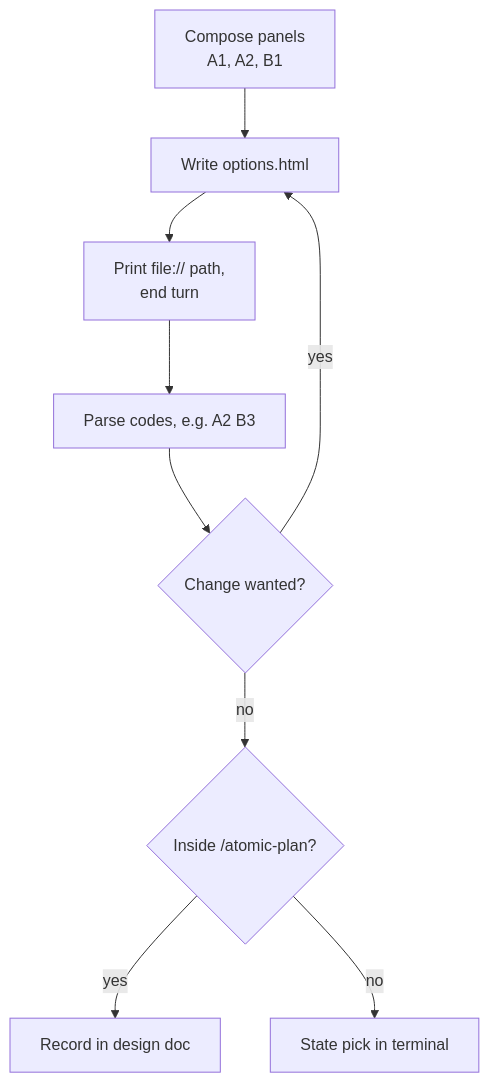
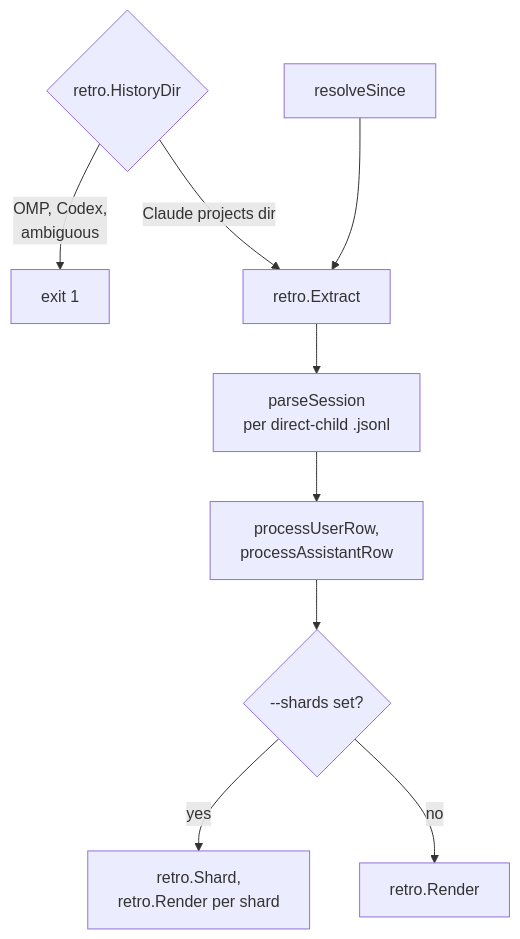
One commit to damusix/atomic-claude changed diagram 11 of 12 in docs/wiki/workflow.md. Above: the diagram before and after it, drawn with Mermaid. The commit also changed other lines of this file and 795 other files, not shown here.

First line of the commit message:
feat!: run Atomic on Claude Code, OMP, and Codex

````diff
--- a/docs/wiki/workflow.md
+++ b/docs/wiki/workflow.md
@@ -320,12 +289,12 @@
 ```mermaid
 flowchart TD
-    %% source: context/skills/atomic-visual-options/SKILL.md; docs/design/visual-options.md
-    C["Compose panels<br/>A1, A2, B1"] --> W["Write options.html"]
-    W --> H["Print file:// path,<br/>end turn"]
-    H --> P["Parse codes, e.g. A2 B3"]
-    P --> I{"Change wanted?"}
-    I -->|yes| W
-    I -->|no| R{"Inside /atomic-plan?"}
-    R -->|yes| D["Record in design doc"]
-    R -->|no| S["State pick in terminal"]
+    %% source: docs/design/retro-extract.md; atomic/cmd/atomic/cmd_retro.go, atomic/internal/retro/history.go, extract.go, render.go
+    H{"retro.HistoryDir"} -->|OMP, Codex,<br/>ambiguous| X["exit 1"]
+    H -->|Claude projects dir| E["retro.Extract"]
+    S["resolveSince"] --> E
+    E --> PS["parseSession<br/>per direct-child .jsonl"]
+    PS --> U["processUserRow,<br/>processAssistantRow"]
+    U --> Q{"--shards set?"}
+    Q -->|yes| SH["retro.Shard,<br/>retro.Render per shard"]
+    Q -->|no| R["retro.Render"]
 ```
````
